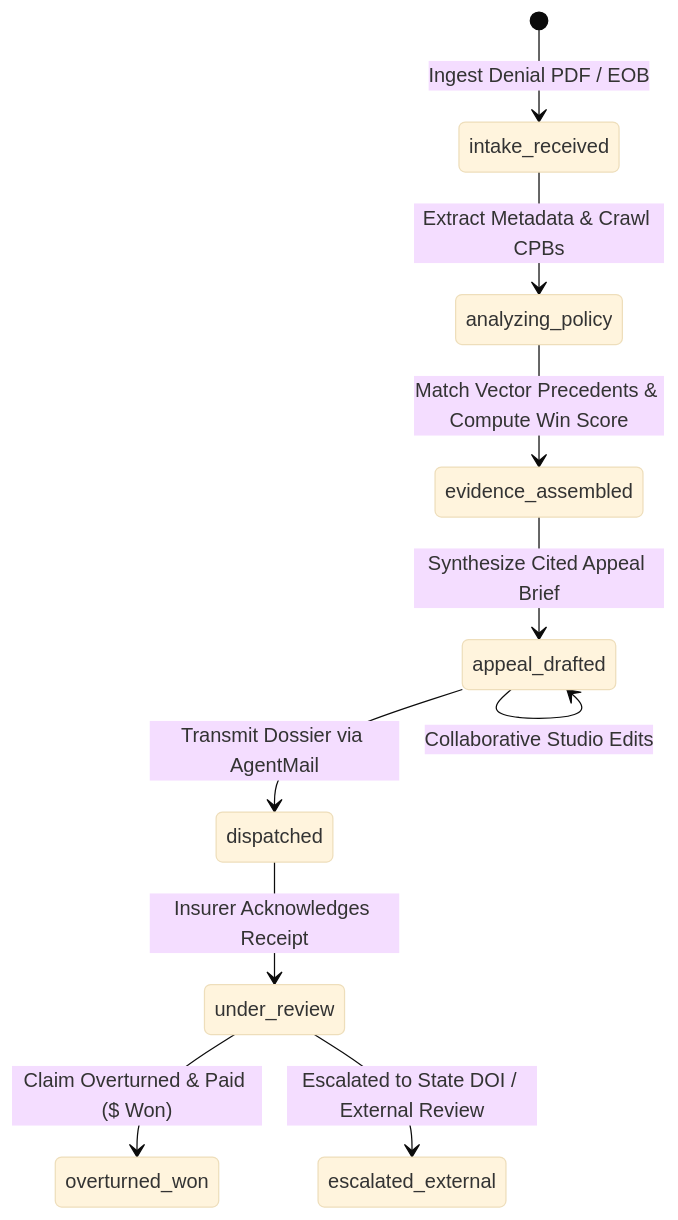
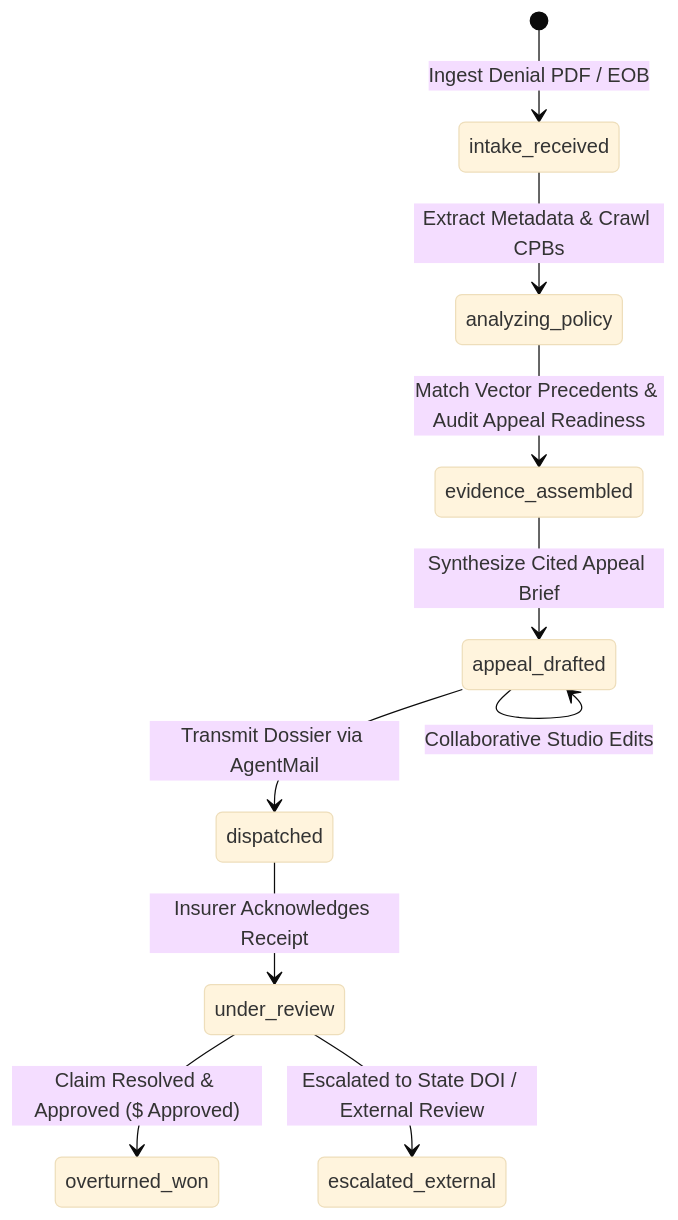
The second of 2 diagrams in specs/001-appeal-sentinel/data-model.md (zaikaman/ClaimHero), drawn with Mermaid (base theme) before and after one commit. The commit also changed other lines of this file and 52 other files, not shown here.

````diff
--- a/specs/001-appeal-sentinel/data-model.md
+++ b/specs/001-appeal-sentinel/data-model.md
@@ -271,12 +271,12 @@
 ```mermaid
 stateDiagram-v2
     [*] --> intake_received : Ingest Denial PDF / EOB
     intake_received --> analyzing_policy : Extract Metadata & Crawl CPBs
-    analyzing_policy --> evidence_assembled : Match Vector Precedents & Compute Win Score
+    analyzing_policy --> evidence_assembled : Match Vector Precedents & Audit Appeal Readiness
     evidence_assembled --> appeal_drafted : Synthesize Cited Appeal Brief
     appeal_drafted --> appeal_drafted : Collaborative Studio Edits
     appeal_drafted --> dispatched : Transmit Dossier via AgentMail
     dispatched --> under_review : Insurer Acknowledges Receipt
-    under_review --> overturned_won : Claim Overturned & Paid ($ Won)
+    under_review --> overturned_won : Claim Resolved & Approved ($ Approved)
     under_review --> escalated_external : Escalated to State DOI / External Review
 ```
````
